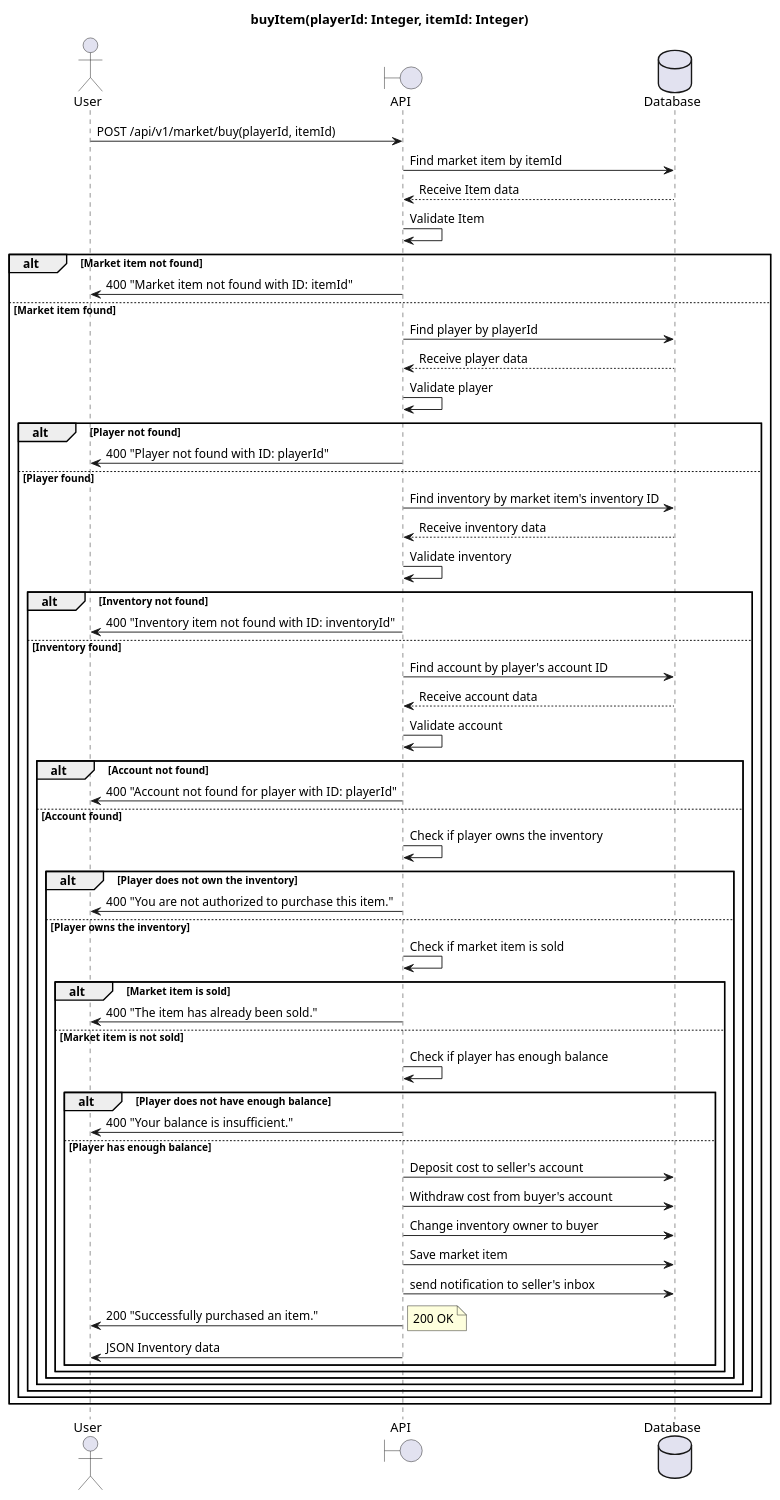
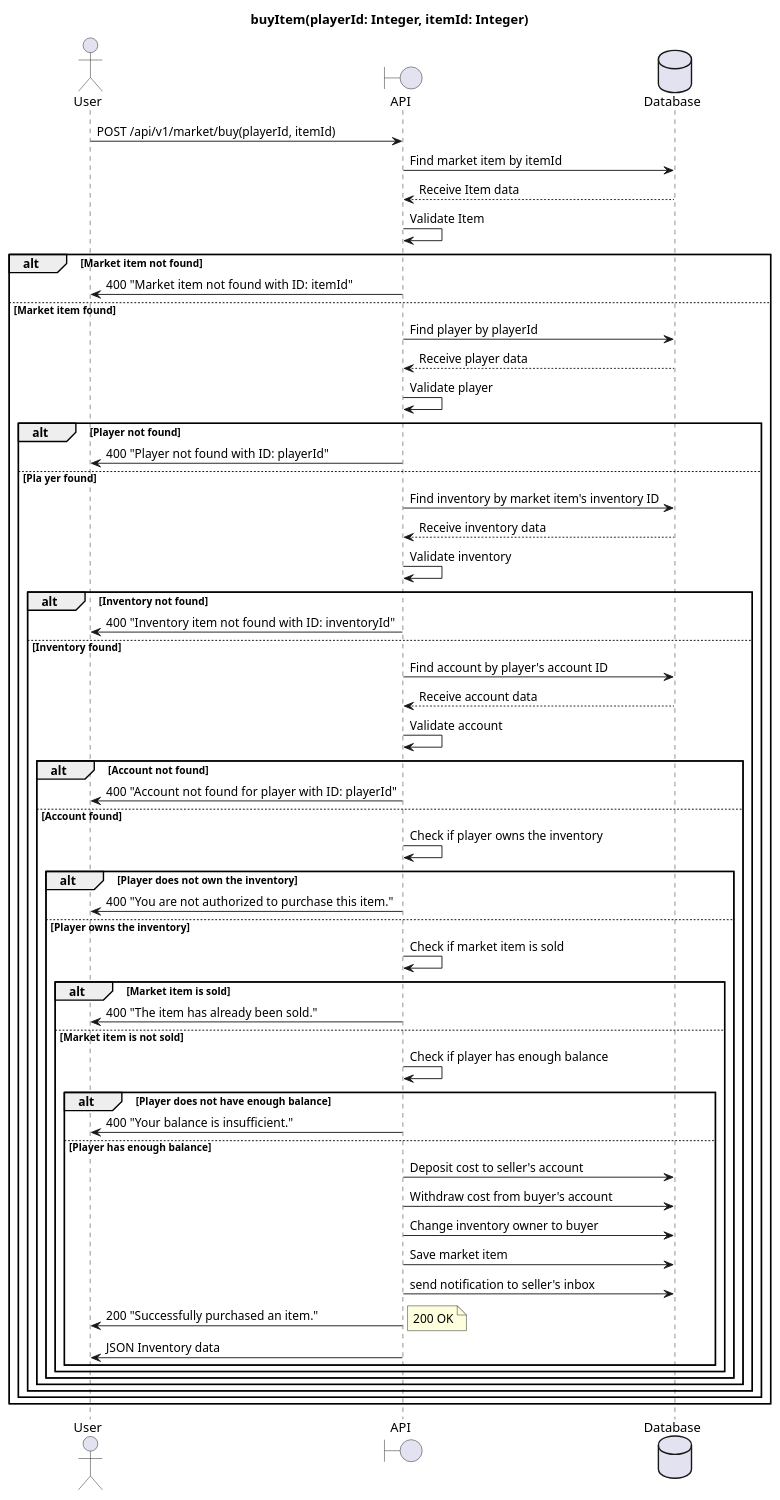
The diagram in PlantUML/Marketplace/buyItem.puml (b6428259/PriorLab1), drawn with PlantUML before and after one commit. The commit also changed 39 other files, not shown here.

```diff
--- a/PlantUML/Marketplace/buyItem.puml
+++ b/PlantUML/Marketplace/buyItem.puml
@@ -1,64 +1,64 @@
 @startuml
 title buyItem(playerId: Integer, itemId: Integer)
 
 actor User as u
 boundary API as a
 database Database as d
 
 u->a : POST /api/v1/market/buy(playerId, itemId)
 a->d : Find market item by itemId
 d-->a : Receive Item data
 a->a : Validate Item
 alt Market item not found
     a->u : 400 "Market item not found with ID: itemId"
 else Market item found
     a->d : Find player by playerId
     d-->a : Receive player data
     a->a : Validate player
     alt Player not found
         a->u : 400 "Player not found with ID: playerId"
-    else Player found
+    else Pla yer found
         a->d : Find inventory by market item's inventory ID
         d-->a : Receive inventory data
         a->a : Validate inventory
         alt Inventory not found
             a->u : 400 "Inventory item not found with ID: inventoryId"
         else Inventory found
             a->d : Find account by player's account ID
             d-->a : Receive account data
             a->a : Validate account
             alt Account not found
                 a->u : 400 "Account not found for player with ID: playerId"
 
             else Account found
                 a->a : Check if player owns the inventory
                 alt Player does not own the inventory
                     a->u : 400 "You are not authorized to purchase this item."
                 else Player owns the inventory
                     a->a : Check if market item is sold
                     alt Market item is sold
                         a->u : 400 "The item has already been sold."
                     else Market item is not sold
                         a->a : Check if player has enough balance
                         alt Player does not have enough balance
                             a->u : 400 "Your balance is insufficient."
                         else Player has enough balance
                             a->d : Deposit cost to seller's account
                             a->d : Withdraw cost from buyer's account
                             a->d : Change inventory owner to buyer
                             a->d : Save market item
                             a->d : send notification to seller's inbox
                             a->u : 200 "Successfully purchased an item."
           note right
             200 OK
           end note
                             a->u : JSON Inventory data
                         end
                     end
                 end
             end
         end
     end
 end
 
 @enduml
```
